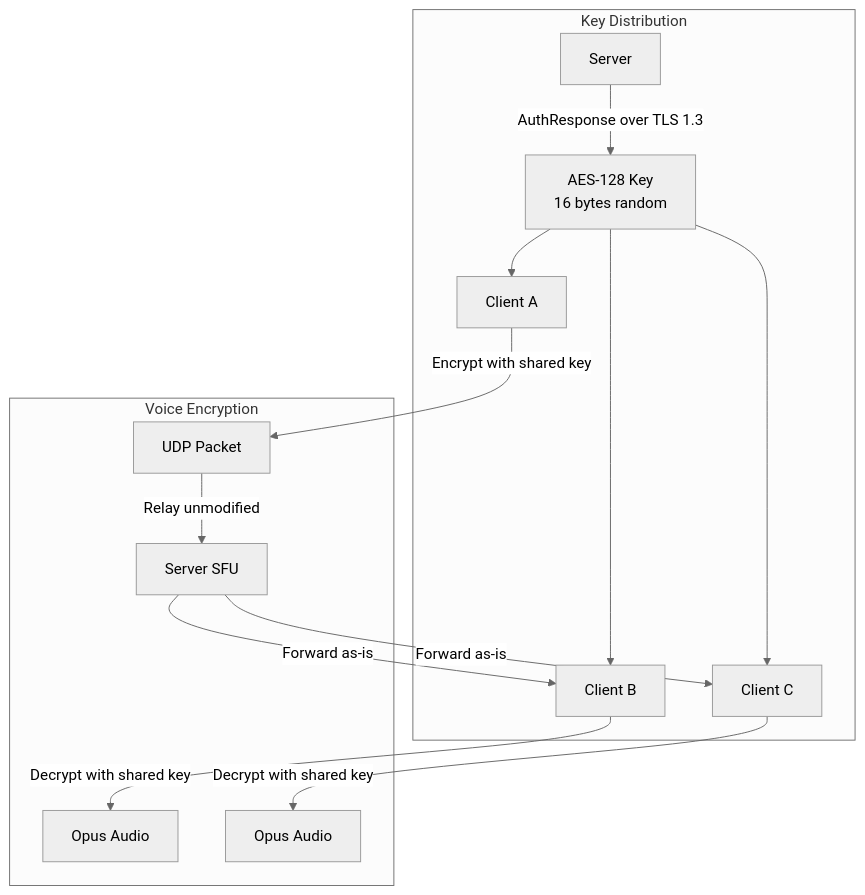
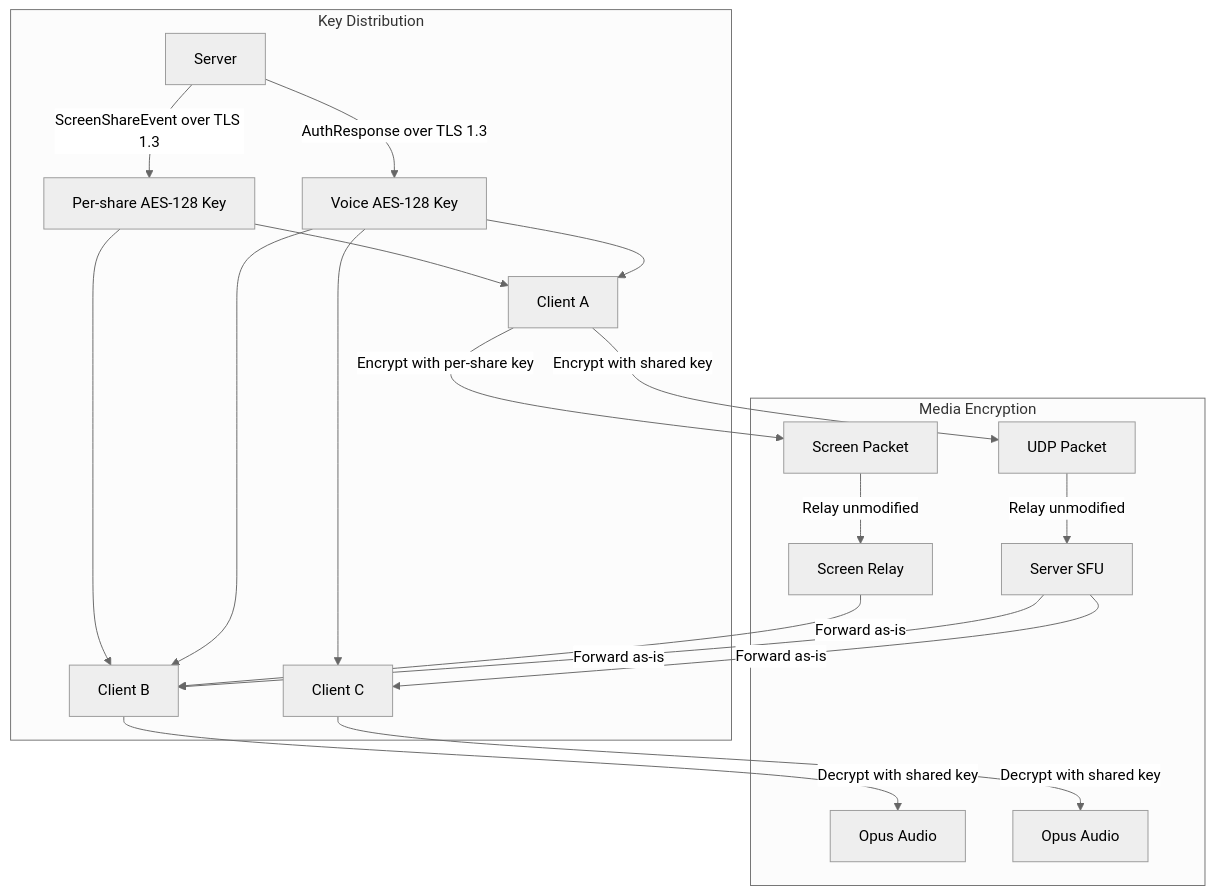
The first of 4 diagrams in docs/security.md (NicolasHaas/gospeak), drawn with Mermaid (neutral theme) before and after one commit. The commit also changed other lines of this file and 34 other files, not shown here.

Commit message:
feat: add encrypted per-channel screen sharing

````diff
--- a/docs/security.md
+++ b/docs/security.md
@@ -21,18 +21,25 @@
 ```mermaid
 graph TB
     subgraph "Key Distribution"
-        SRV[Server] -->|AuthResponse over TLS 1.3| KEY[AES-128 Key<br/>16 bytes random]
-        KEY --> CA[Client A]
-        KEY --> CB[Client B]
-        KEY --> CC[Client C]
+        SRV[Server] -->|AuthResponse over TLS 1.3| VKEY[Voice AES-128 Key]
+        SRV -->|ScreenShareEvent over TLS 1.3| SKEY[Per-share AES-128 Key]
+        VKEY --> CA[Client A]
+        VKEY --> CB[Client B]
+        VKEY --> CC[Client C]
+        SKEY --> CA
+        SKEY --> CB
     end
 
-    subgraph "Voice Encryption"
+    subgraph "Media Encryption"
         CA -->|Encrypt with shared key| PKT[UDP Packet]
         PKT -->|Relay unmodified| SRV2[Server SFU]
         SRV2 -->|Forward as-is| CB
         SRV2 -->|Forward as-is| CC
         CB -->|Decrypt with shared key| AUDIO1[Opus Audio]
         CC -->|Decrypt with shared key| AUDIO2[Opus Audio]
+
+        CA -->|Encrypt with per-share key| SCR[Screen Packet]
+        SCR -->|Relay unmodified| SRV3[Screen Relay]
+        SRV3 -->|Forward as-is| CB
     end
 ```
````
